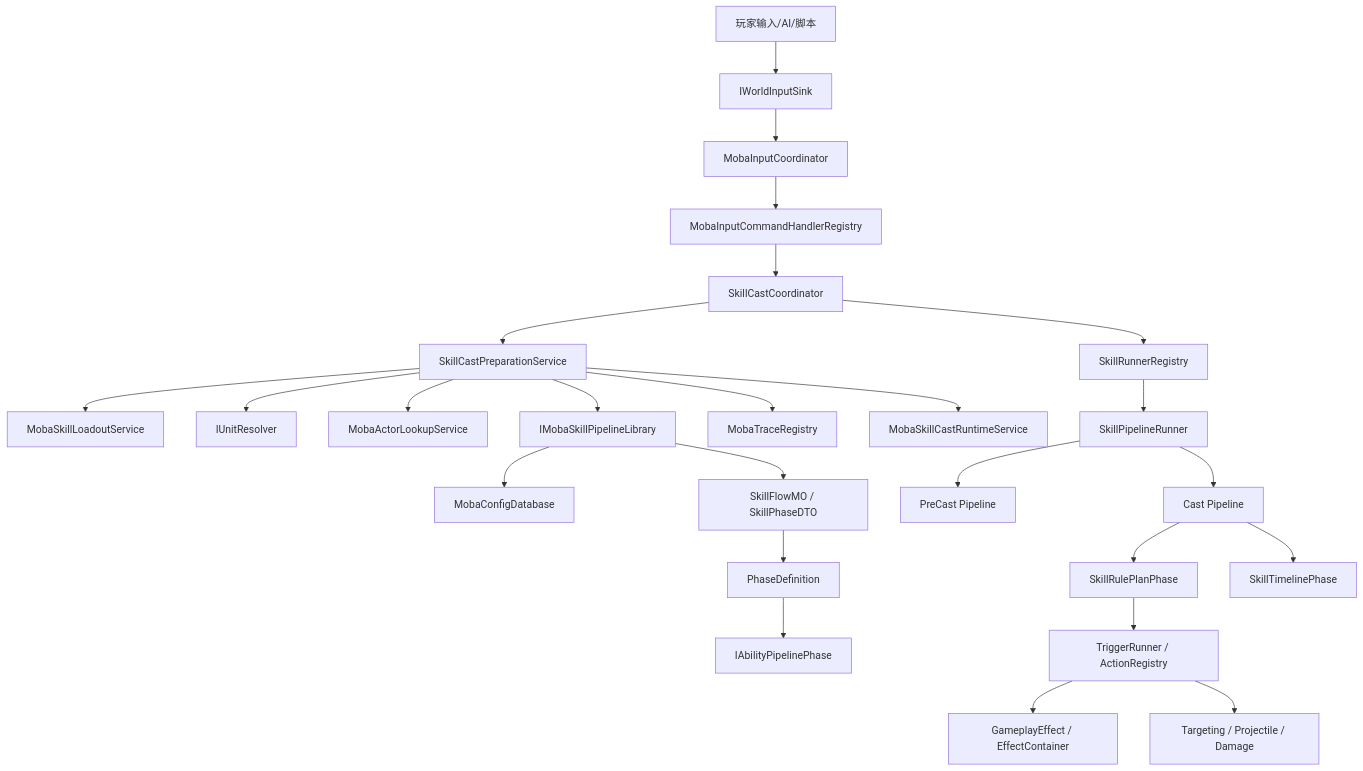
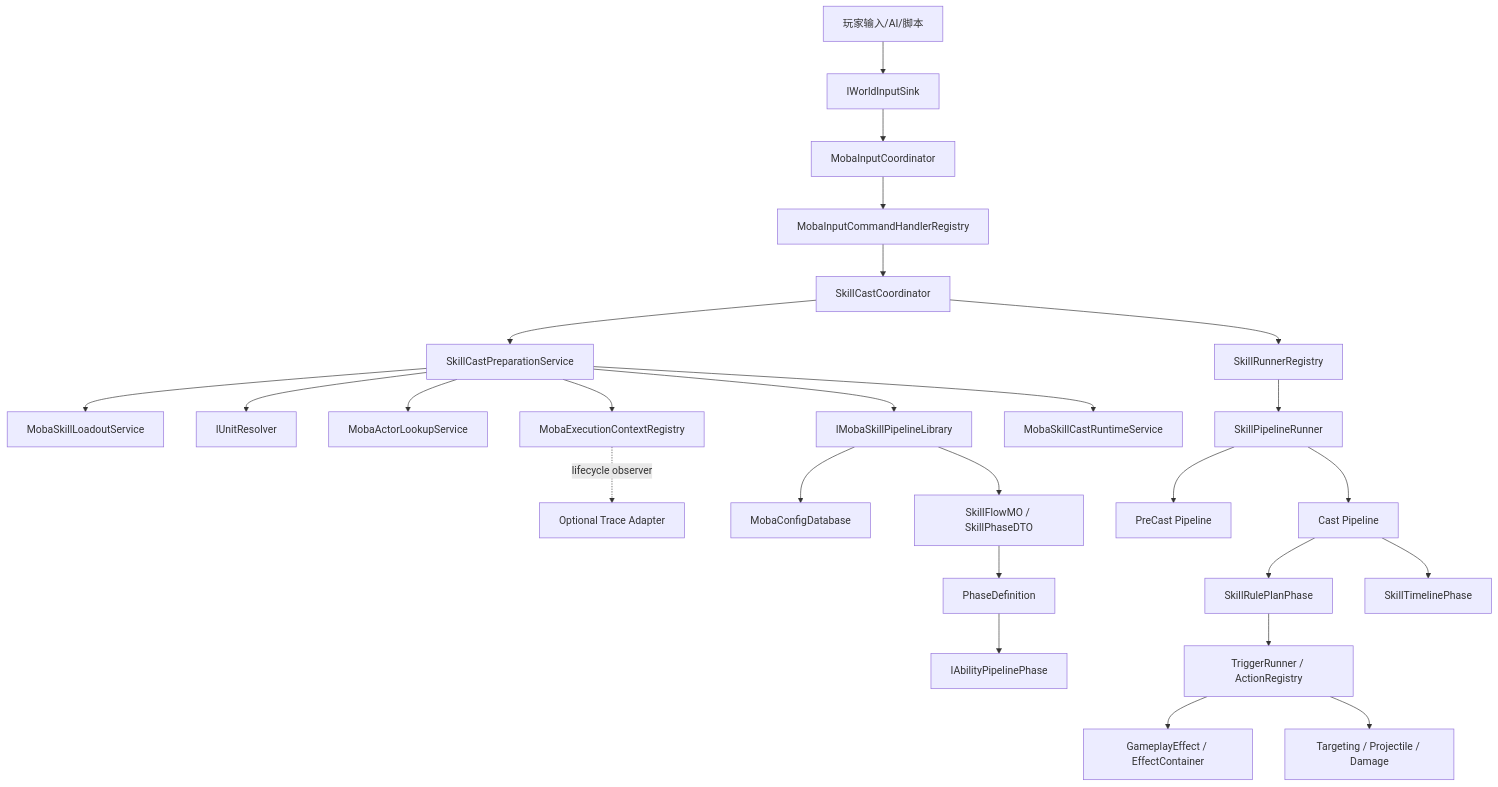
The first of 8 diagrams in Docs/design/08-GameplayModules/01-SkillSystemArchitecture.md (HOBOBO/AbilityKit), drawn with Mermaid before and after one commit. The commit also changed other lines of this file and 1591 other files, not shown here.

````diff
--- a/Docs/design/08-GameplayModules/01-SkillSystemArchitecture.md
+++ b/Docs/design/08-GameplayModules/01-SkillSystemArchitecture.md
@@ -83,31 +83,32 @@
 ```mermaid
 flowchart TD
     Input[玩家输入/AI/脚本] --> Sink[IWorldInputSink]
     Sink --> Coordinator[MobaInputCoordinator]
     Coordinator --> Handlers[MobaInputCommandHandlerRegistry]
     Handlers --> SkillCast[SkillCastCoordinator]
 
     SkillCast --> Prep[SkillCastPreparationService]
     Prep --> Loadout[MobaSkillLoadoutService]
     Prep --> Units[IUnitResolver]
     Prep --> Actors[MobaActorLookupService]
     Prep --> Library[IMobaSkillPipelineLibrary]
-    Prep --> Trace[MobaTraceRegistry]
+    Prep --> Context[MobaExecutionContextRegistry]
+    Context -. lifecycle observer .-> Trace[Optional Trace Adapter]
     Prep --> Runtime[MobaSkillCastRuntimeService]
 
     Library --> Config[MobaConfigDatabase]
     Library --> Flow[SkillFlowMO / SkillPhaseDTO]
     Flow --> PhaseDef[PhaseDefinition]
     PhaseDef --> PipelinePhase[IAbilityPipelinePhase]
 
     SkillCast --> Registry[SkillRunnerRegistry]
     Registry --> Runner[SkillPipelineRunner]
     Runner --> PreCast[PreCast Pipeline]
     Runner --> Cast[Cast Pipeline]
 
     Cast --> RulePlan[SkillRulePlanPhase]
     Cast --> Timeline[SkillTimelinePhase]
     RulePlan --> Triggering[TriggerRunner / ActionRegistry]
     Triggering --> Effect[GameplayEffect / EffectContainer]
     Triggering --> Combat[Targeting / Projectile / Damage]
 ```
````
